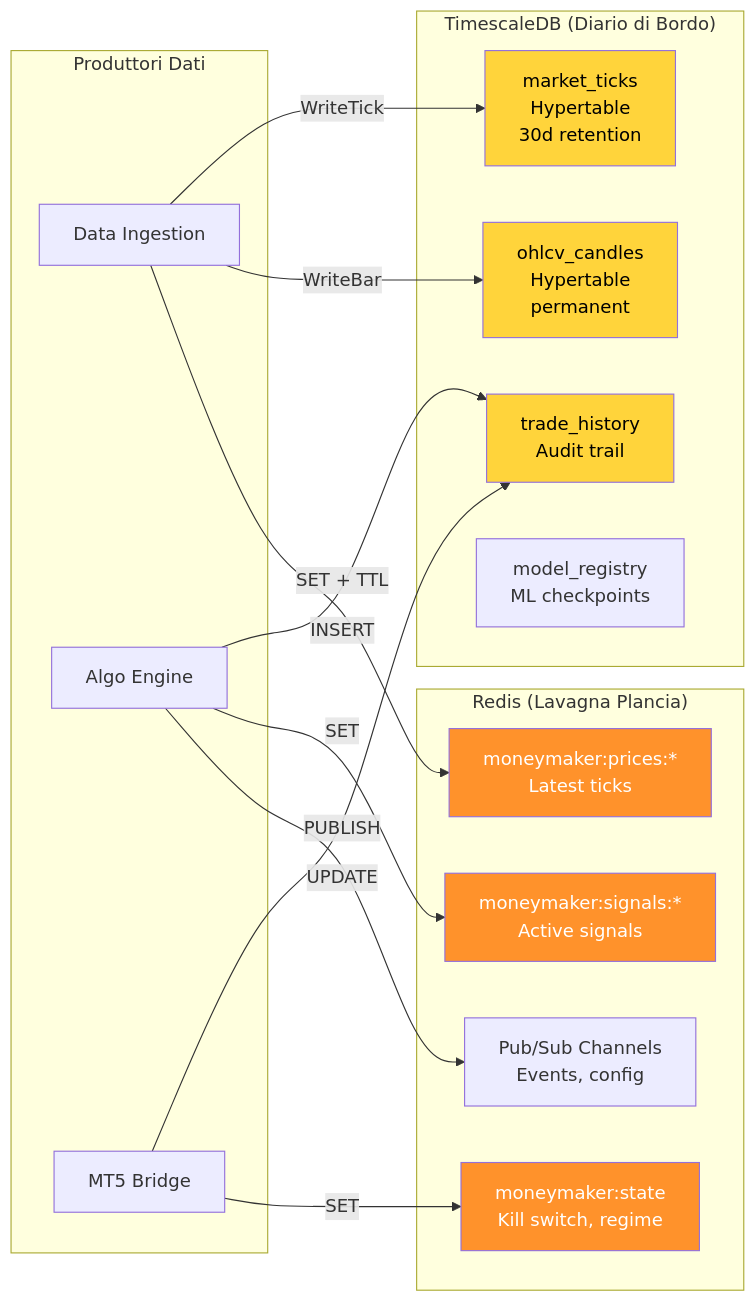
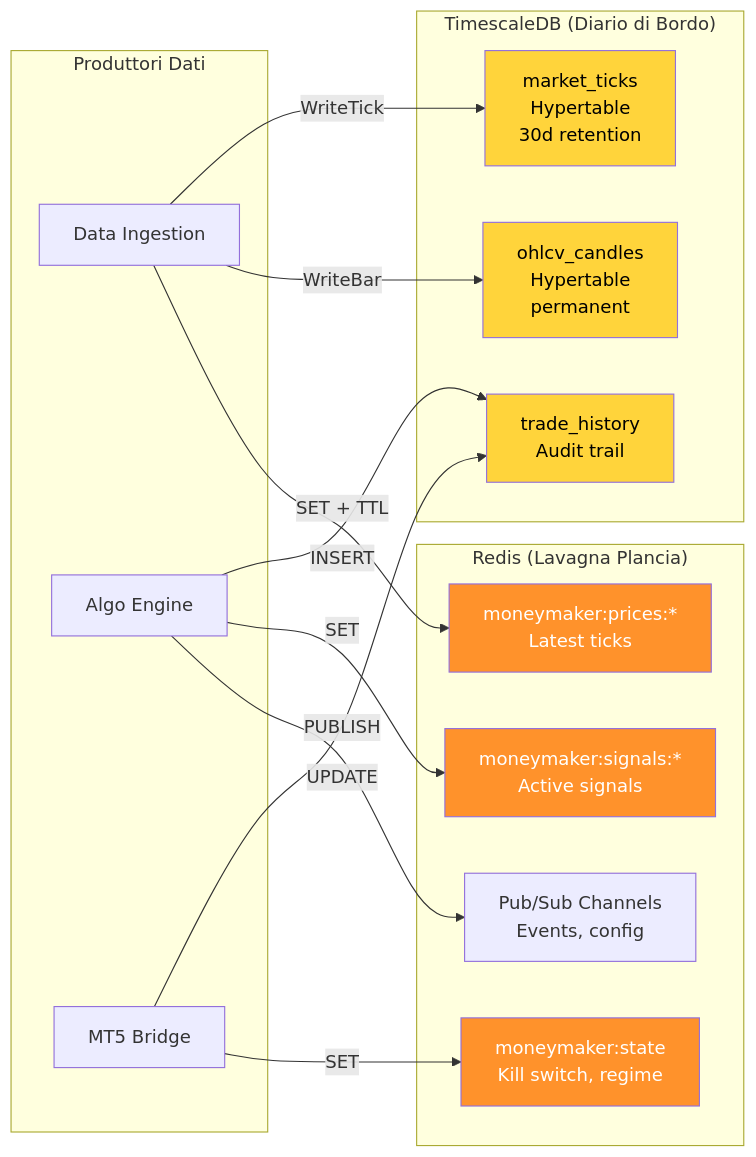
The fourth of 7 diagrams in docs/architecture/v1-summaries/MONEYMAKER-V1-part1-infrastruttura.md (renanaugustomacena-ux/invest-smart), drawn with Mermaid before and after one commit. The commit also changed other lines of this file, not shown here.

````diff
--- a/docs/architecture/v1-summaries/MONEYMAKER-V1-part1-infrastruttura.md
+++ b/docs/architecture/v1-summaries/MONEYMAKER-V1-part1-infrastruttura.md
@@ -243,40 +242,39 @@
 ```mermaid
 graph LR
     subgraph WRITERS["Produttori Dati"]
         DI["Data Ingestion"]
         BRAIN["Algo Engine"]
         MT5["MT5 Bridge"]
     end
 
     subgraph TSDB["TimescaleDB (Diario di Bordo)"]
         TICKS["market_ticks<br/>Hypertable<br/>30d retention"]
         BARS["ohlcv_candles<br/>Hypertable<br/>permanent"]
         TRADES["trade_history<br/>Audit trail"]
-        MODELS["model_registry<br/>ML checkpoints"]
     end
 
     subgraph REDIS["Redis (Lavagna Plancia)"]
         PRICES["moneymaker:prices:*<br/>Latest ticks"]
         SIGNALS["moneymaker:signals:*<br/>Active signals"]
         STATE["moneymaker:state<br/>Kill switch, regime"]
         PUBSUB["Pub/Sub Channels<br/>Events, config"]
     end
 
     DI -->|"WriteTick"| TICKS
     DI -->|"WriteBar"| BARS
     DI -->|"SET + TTL"| PRICES
 
     BRAIN -->|"INSERT"| TRADES
     BRAIN -->|"SET"| SIGNALS
     BRAIN -->|"PUBLISH"| PUBSUB
 
     MT5 -->|"UPDATE"| TRADES
     MT5 -->|"SET"| STATE
 
     style TICKS fill:#ffd43b,color:#000
     style BARS fill:#ffd43b,color:#000
     style TRADES fill:#ffd43b,color:#000
     style PRICES fill:#ff922b,color:#fff
     style SIGNALS fill:#ff922b,color:#fff
     style STATE fill:#ff922b,color:#fff
 ```
````
